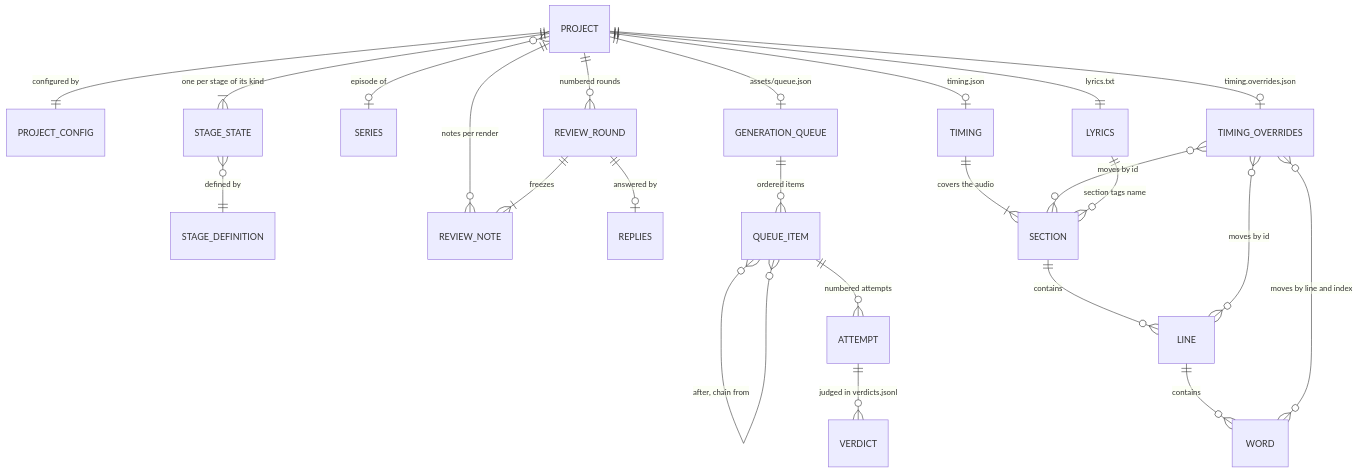
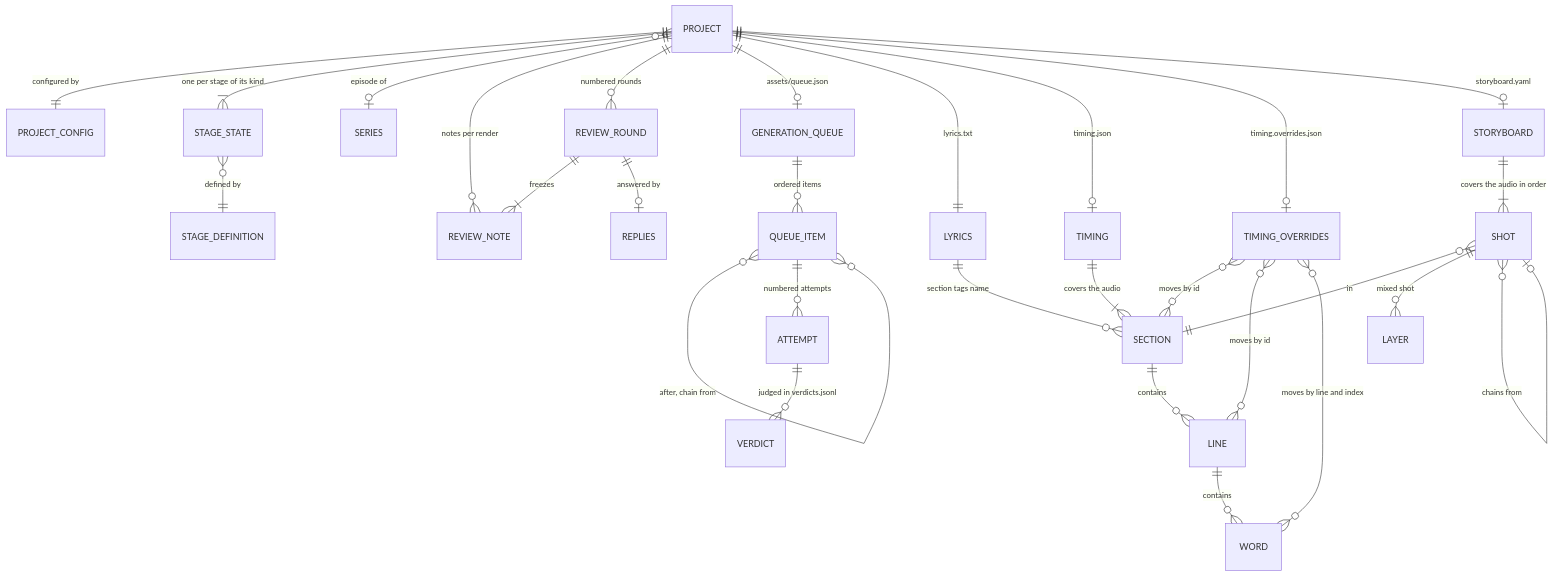
One commit to hemi1986/coreslopper changed the fourth of 4 diagrams in docs/architecture/data-model.md. Above: the diagram before and after it, drawn with Mermaid. The commit also changed other lines of this file and 14 other files, not shown here.

````diff
--- a/docs/architecture/data-model.md
+++ b/docs/architecture/data-model.md
@@ -231,26 +277,31 @@
 ```mermaid
 erDiagram
   PROJECT ||--|| PROJECT_CONFIG : "configured by"
   PROJECT ||--|{ STAGE_STATE : "one per stage of its kind"
   STAGE_STATE }o--|| STAGE_DEFINITION : "defined by"
   PROJECT }o--o| SERIES : "episode of"
   PROJECT ||--o{ REVIEW_NOTE : "notes per render"
   PROJECT ||--o{ REVIEW_ROUND : "numbered rounds"
   REVIEW_ROUND ||--|{ REVIEW_NOTE : "freezes"
   REVIEW_ROUND ||--o| REPLIES : "answered by"
   PROJECT ||--o| GENERATION_QUEUE : "assets/queue.json"
   GENERATION_QUEUE ||--o{ QUEUE_ITEM : "ordered items"
   QUEUE_ITEM }o--o{ QUEUE_ITEM : "after, chain from"
   QUEUE_ITEM ||--o{ ATTEMPT : "numbered attempts"
   ATTEMPT ||--o{ VERDICT : "judged in verdicts.jsonl"
   PROJECT ||--|| LYRICS : "lyrics.txt"
   PROJECT ||--o| TIMING : "timing.json"
   PROJECT ||--o| TIMING_OVERRIDES : "timing.overrides.json"
   TIMING ||--|{ SECTION : "covers the audio"
   SECTION ||--o{ LINE : "contains"
   LINE ||--o{ WORD : "contains"
   TIMING_OVERRIDES }o--o{ SECTION : "moves by id"
   TIMING_OVERRIDES }o--o{ LINE : "moves by id"
   TIMING_OVERRIDES }o--o{ WORD : "moves by line and index"
   LYRICS ||--o{ SECTION : "section tags name"
+  PROJECT ||--o| STORYBOARD : "storyboard.yaml"
+  STORYBOARD ||--|{ SHOT : "covers the audio in order"
+  SHOT }o--|| SECTION : "in"
+  SHOT ||--o{ LAYER : "mixed shot"
+  SHOT }o--o| SHOT : "chains from"
 ```
````
